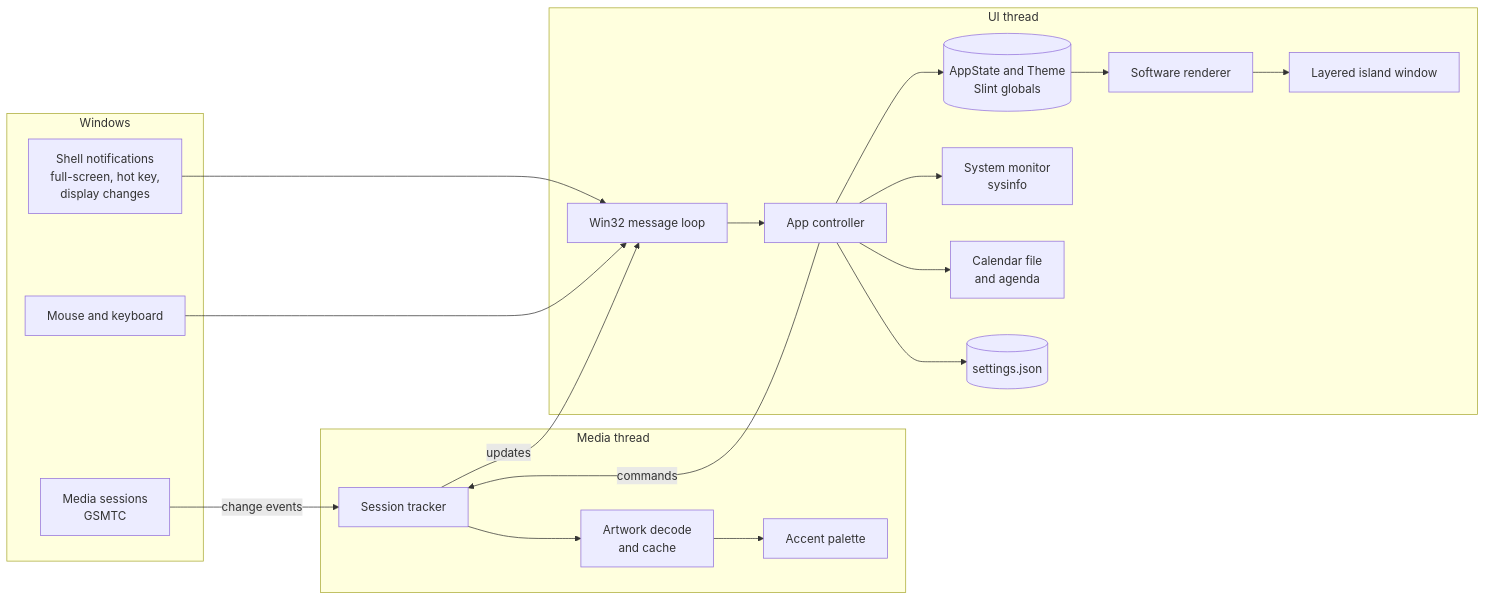
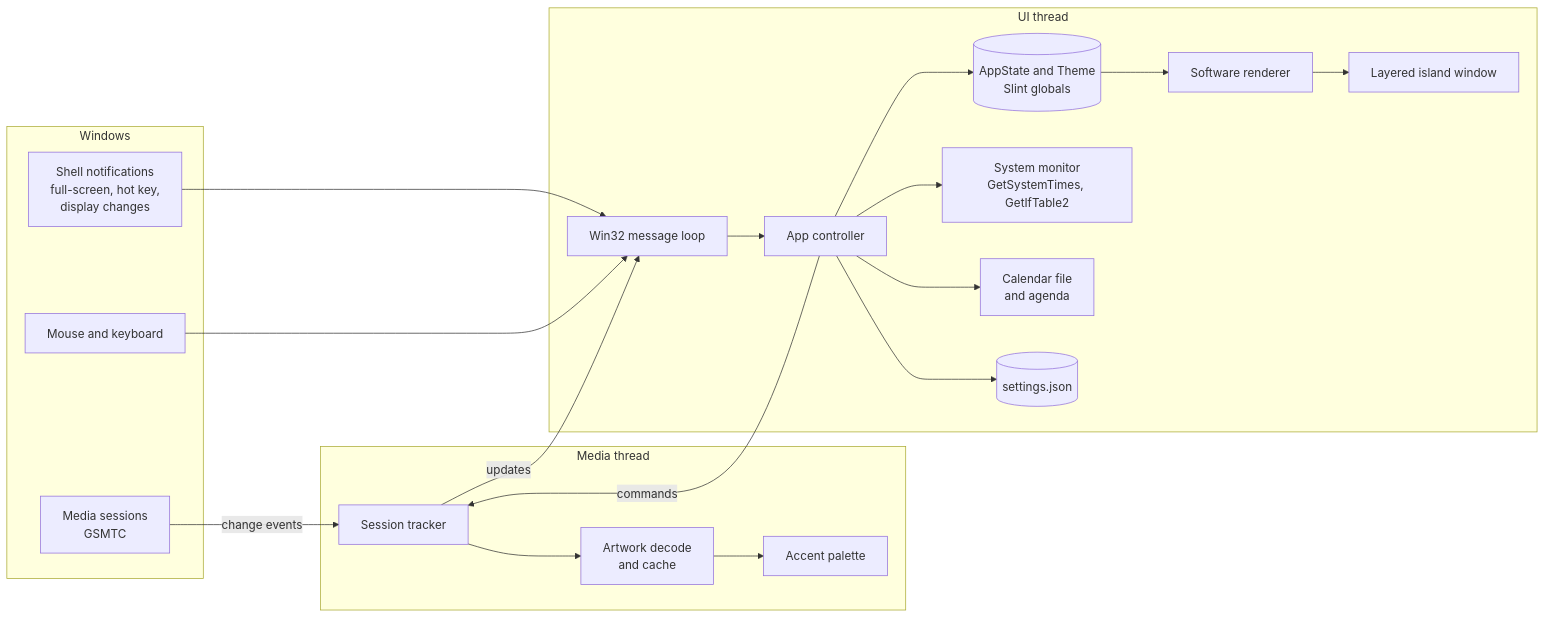
The diagram in ARCHITECTURE.md (shrenixcodes/Lilt), drawn with Mermaid before and after one commit. The commit also changed other lines of this file and 27 other files, not shown here.

````diff
--- a/ARCHITECTURE.md
+++ b/ARCHITECTURE.md
@@ -11,29 +11,29 @@
 ```mermaid
 flowchart LR
     subgraph OS[Windows]
         GSMTC[Media sessions<br/>GSMTC]
         Shell[Shell notifications<br/>full-screen, hot key,<br/>display changes]
         Input[Mouse and keyboard]
     end
 
     subgraph Worker[Media thread]
         Tracker[Session tracker] --> Artwork[Artwork decode<br/>and cache]
         Artwork --> Palette[Accent palette]
     end
 
     subgraph UI[UI thread]
         Loop[Win32 message loop] --> App[App controller]
         App --> State[(AppState and Theme<br/>Slint globals)]
         State --> Render[Software renderer]
         Render --> Layered[Layered island window]
-        App --> Sysinfo[System monitor<br/>sysinfo]
+        App --> Sysinfo[System monitor<br/>GetSystemTimes, GetIfTable2]
         App --> Calendar[Calendar file<br/>and agenda]
         App --> Settings[(settings.json)]
     end
 
     GSMTC -- change events --> Tracker
     Tracker -- updates --> Loop
     App -- commands --> Tracker
     Shell --> Loop
     Input --> Loop
 ```
````
